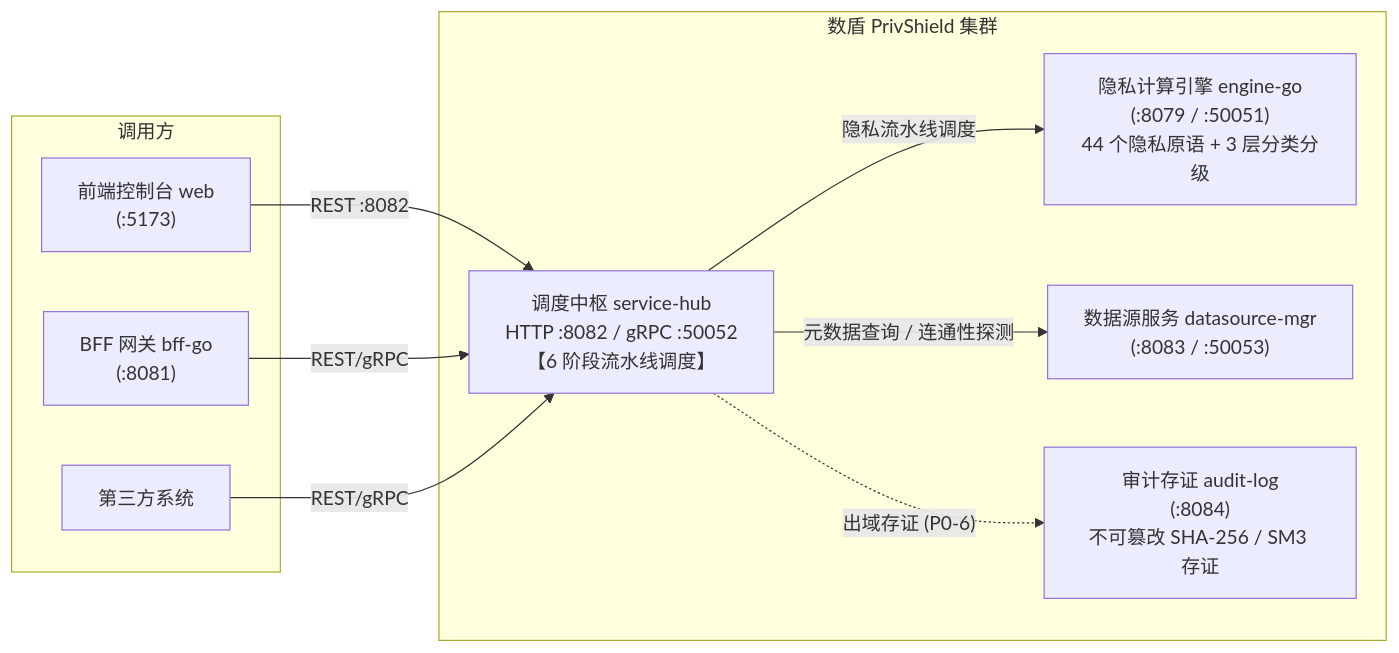
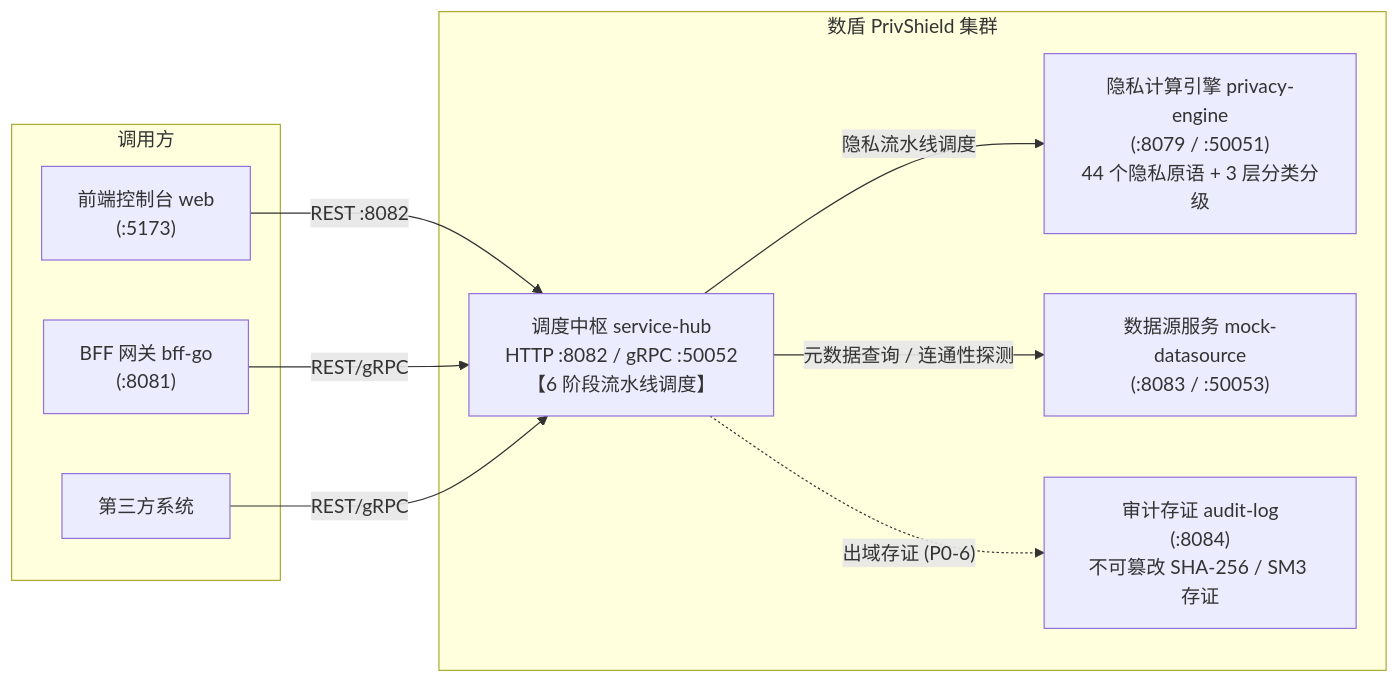
The first of 2 diagrams in services/service-hub/docs/api.md (fengzhizi319/PrivShield-go), drawn with Mermaid before and after one commit. The commit also changed other lines of this file and 22 other files, not shown here.

````diff
--- a/services/service-hub/docs/api.md
+++ b/services/service-hub/docs/api.md
@@ -71,22 +71,22 @@
 ```mermaid
 flowchart LR
     subgraph Clients ["调用方"]
         Web["前端控制台 web<br/>(:5173)"]
         BFF["BFF 网关 bff-go<br/>(:8081)"]
         External["第三方系统"]
     end
 
     subgraph PrivShieldCluster ["数盾 PrivShield 集群"]
         ServiceHub["调度中枢 service-hub<br/>HTTP :8082 / gRPC :50052<br/>【6 阶段流水线调度】"]
-        Engine["隐私计算引擎 engine-go<br/>(:8079 / :50051)<br/>44 个隐私原语 + 3 层分类分级"]
-        DatasourceMgr["数据源服务 datasource-mgr<br/>(:8083 / :50053)"]
+        Engine["隐私计算引擎 privacy-engine<br/>(:8079 / :50051)<br/>44 个隐私原语 + 3 层分类分级"]
+        DatasourceMgr["数据源服务 mock-datasource<br/>(:8083 / :50053)"]
         AuditLog["审计存证 audit-log<br/>(:8084)<br/>不可篡改 SHA-256 / SM3 存证"]
     end
 
     Web -->|REST :8082| ServiceHub
     BFF -->|REST/gRPC| ServiceHub
     External -->|REST/gRPC| ServiceHub
     ServiceHub -->|隐私流水线调度| Engine
     ServiceHub -->|元数据查询 / 连通性探测| DatasourceMgr
     ServiceHub -.->|"出域存证 (P0-6)"| AuditLog
 ```
````
